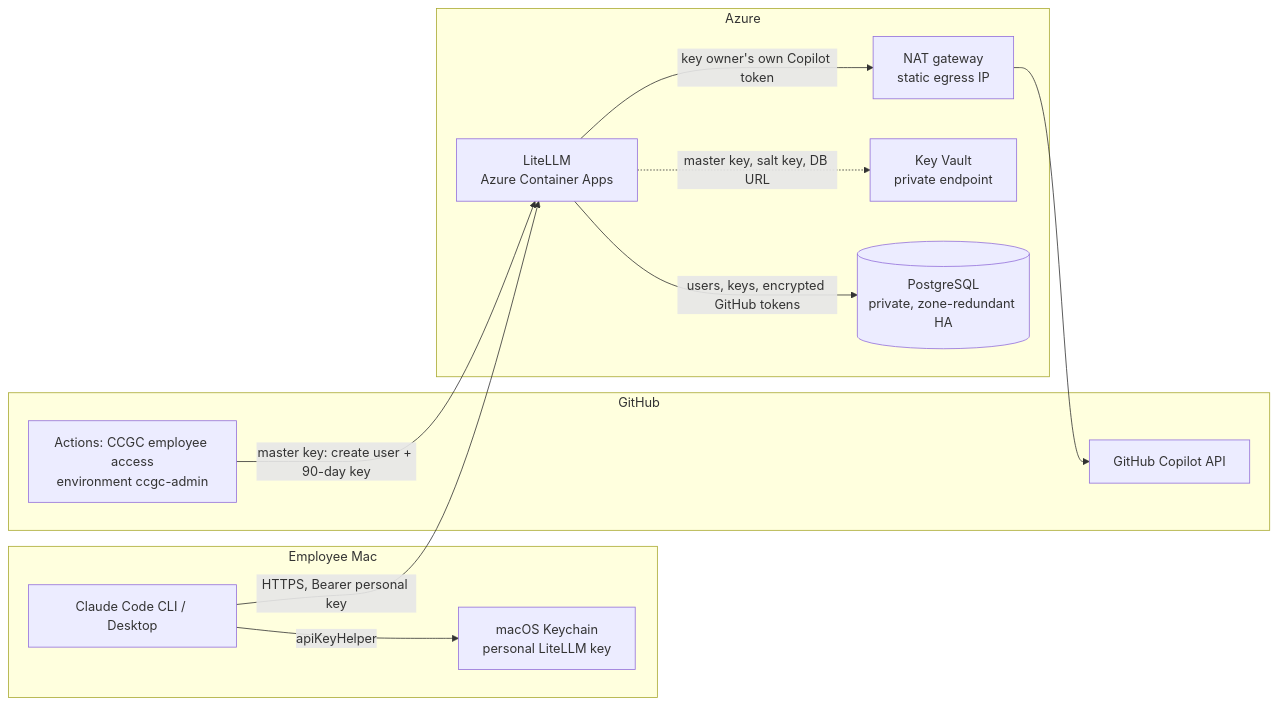
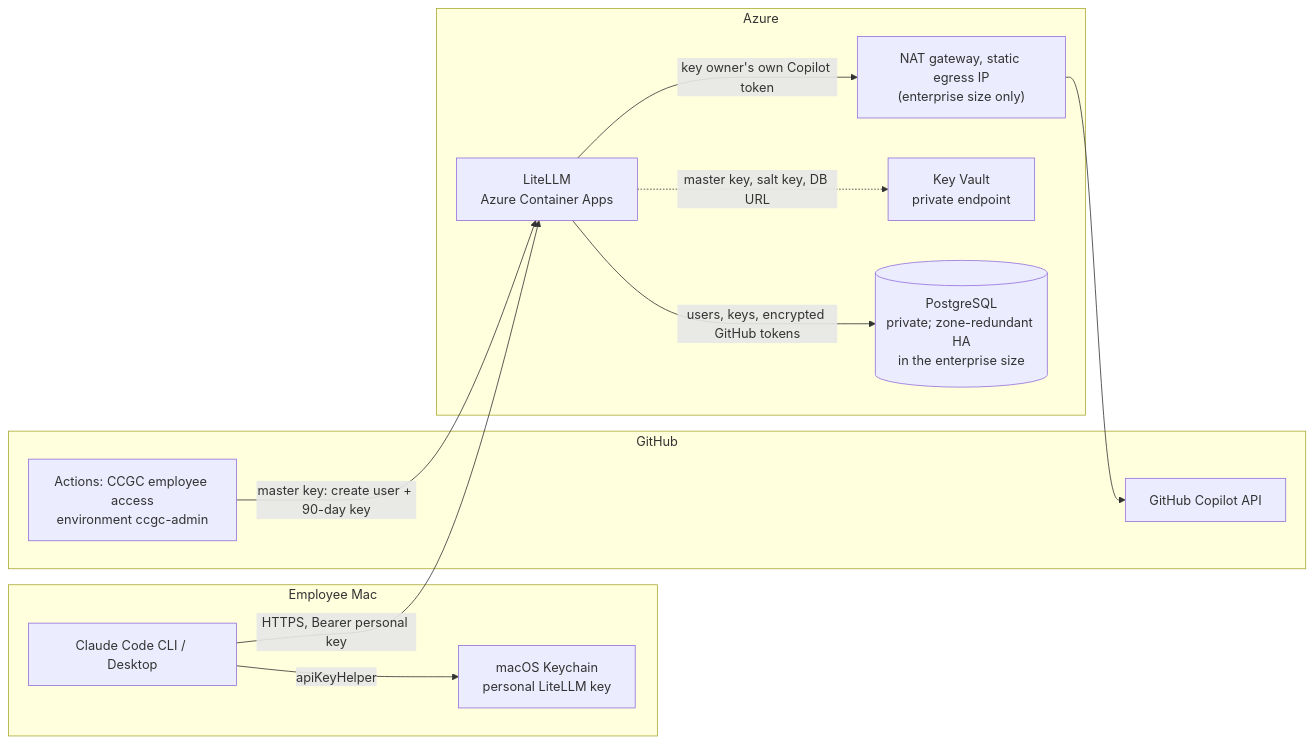
The diagram in README.md (msftse-org/claude-code-with-github-copilot), drawn with Mermaid before and after one commit. The commit also changed other lines of this file and 16 other files, not shown here.

````diff
--- a/README.md
+++ b/README.md
@@ -23,23 +23,23 @@
 ```mermaid
 flowchart LR
   subgraph Mac["Employee Mac"]
     CC["Claude Code CLI / Desktop"]
     KC["macOS Keychain<br/>personal LiteLLM key"]
     CC -- apiKeyHelper --> KC
   end
   subgraph GH["GitHub"]
     ACT["Actions: CCGC employee access<br/>environment ccgc-admin"]
     COP["GitHub Copilot API"]
   end
   subgraph AZ["Azure"]
     LL["LiteLLM<br/>Azure Container Apps"]
-    PG[("PostgreSQL<br/>private, zone-redundant HA")]
+    PG[("PostgreSQL<br/>private; zone-redundant HA<br/>in the enterprise size")]
     KV["Key Vault<br/>private endpoint"]
-    NAT["NAT gateway<br/>static egress IP"]
+    NAT["NAT gateway, static egress IP<br/>(enterprise size only)"]
   end
   ACT -- "master key: create user + 90-day key" --> LL
   CC -- "HTTPS, Bearer personal key" --> LL
   LL -- "users, keys, encrypted GitHub tokens" --> PG
   LL -. "master key, salt key, DB URL" .-> KV
   LL -- "key owner's own Copilot token" --> NAT --> COP
 ```
````
